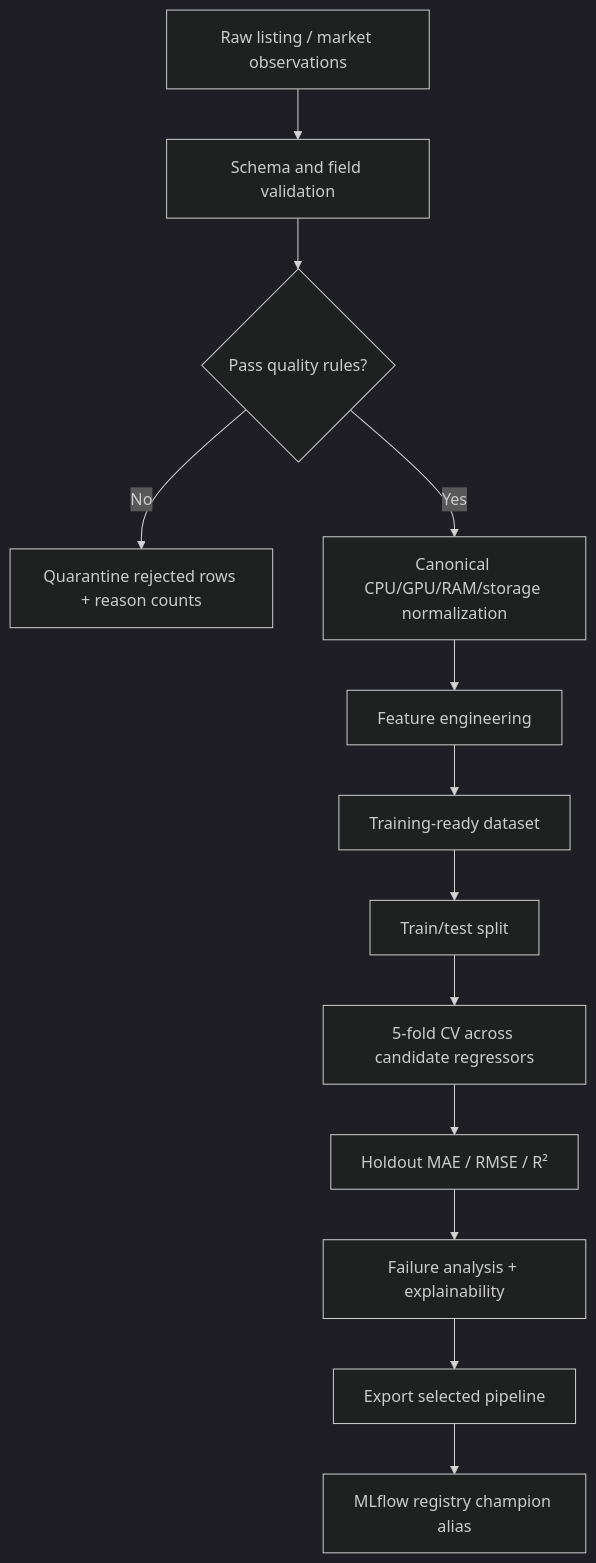
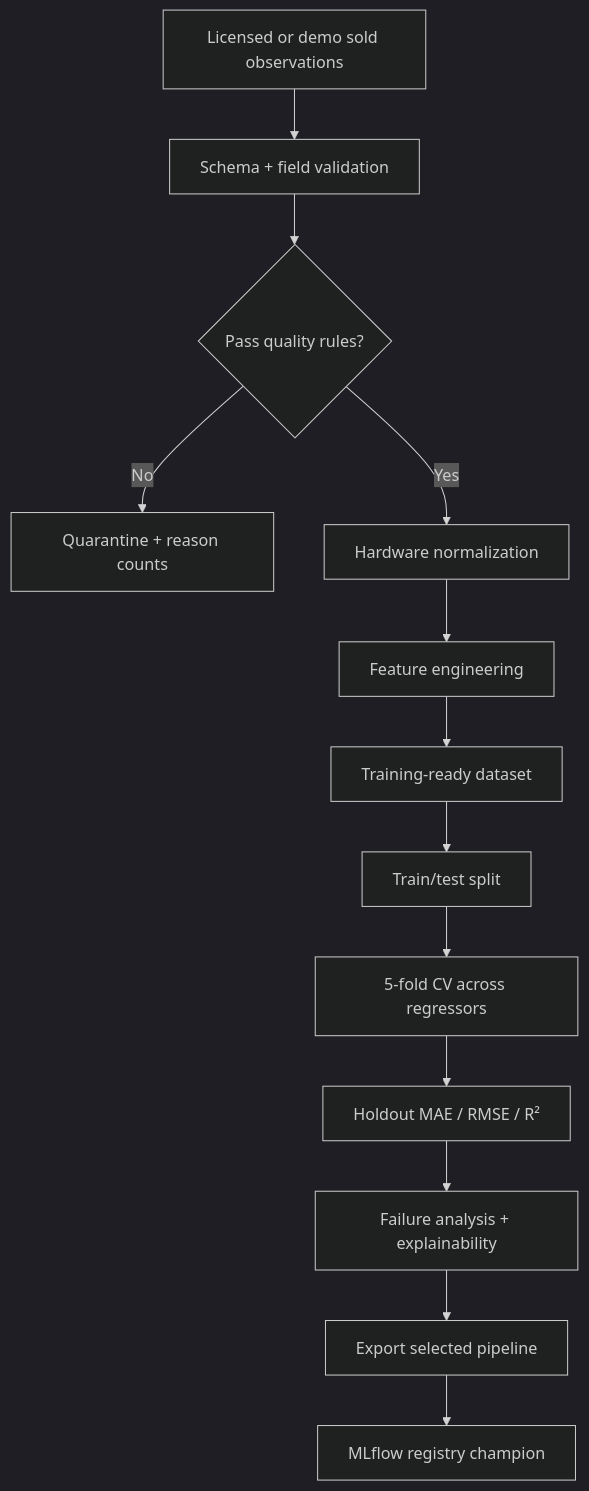
One commit to Youssif-AB/pc-value-analyzer-market changed the first of 2 diagrams in docs/data-pipeline.md. Above: the diagram before and after it, drawn with Mermaid (dark theme). The commit also changed other lines of this file and 51 other files, not shown here.

````diff
--- a/docs/data-pipeline.md
+++ b/docs/data-pipeline.md
@@ -3,15 +7,15 @@
 ```mermaid
 flowchart TD
-    A[Raw listing / market observations] --> B[Schema and field validation]
+    A[Licensed or demo sold observations] --> B[Schema + field validation]
     B --> C{Pass quality rules?}
-    C -->|No| Q[Quarantine rejected rows + reason counts]
-    C -->|Yes| D[Canonical CPU/GPU/RAM/storage normalization]
+    C -->|No| Q[Quarantine + reason counts]
+    C -->|Yes| D[Hardware normalization]
     D --> E[Feature engineering]
     E --> F[Training-ready dataset]
     F --> G[Train/test split]
-    G --> H[5-fold CV across candidate regressors]
+    G --> H[5-fold CV across regressors]
     H --> I[Holdout MAE / RMSE / R²]
     I --> J[Failure analysis + explainability]
     J --> K[Export selected pipeline]
-    K --> L[MLflow registry champion alias]
+    K --> L[MLflow registry champion]
 ```
````
